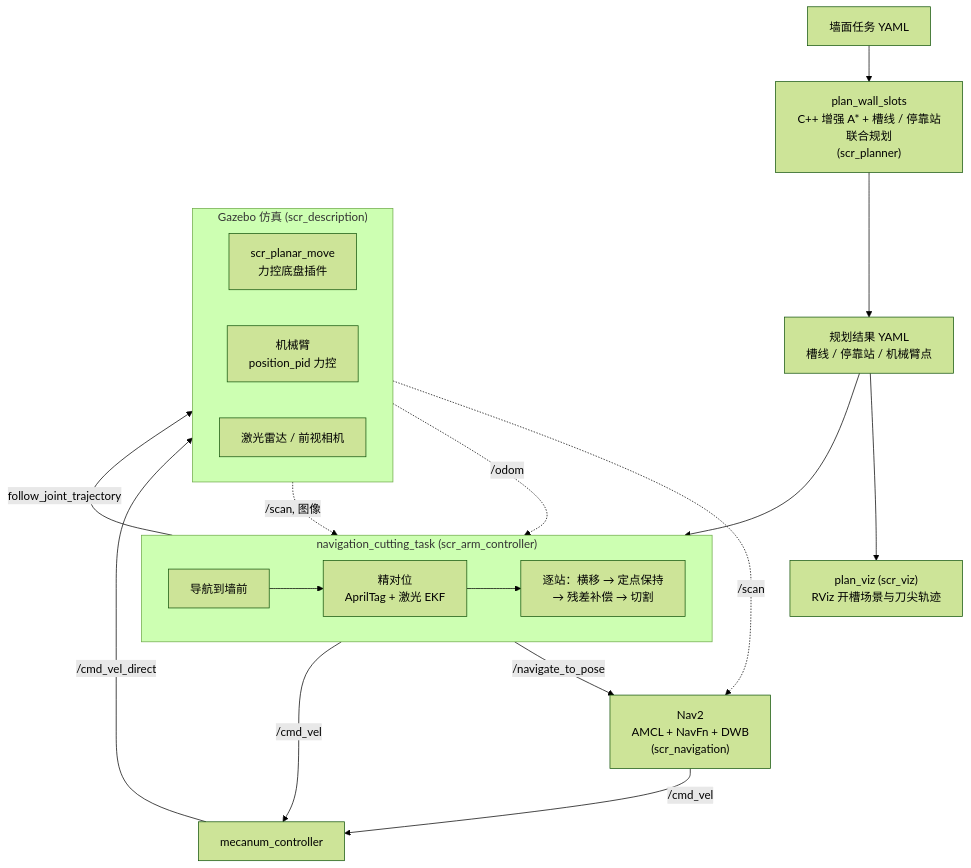
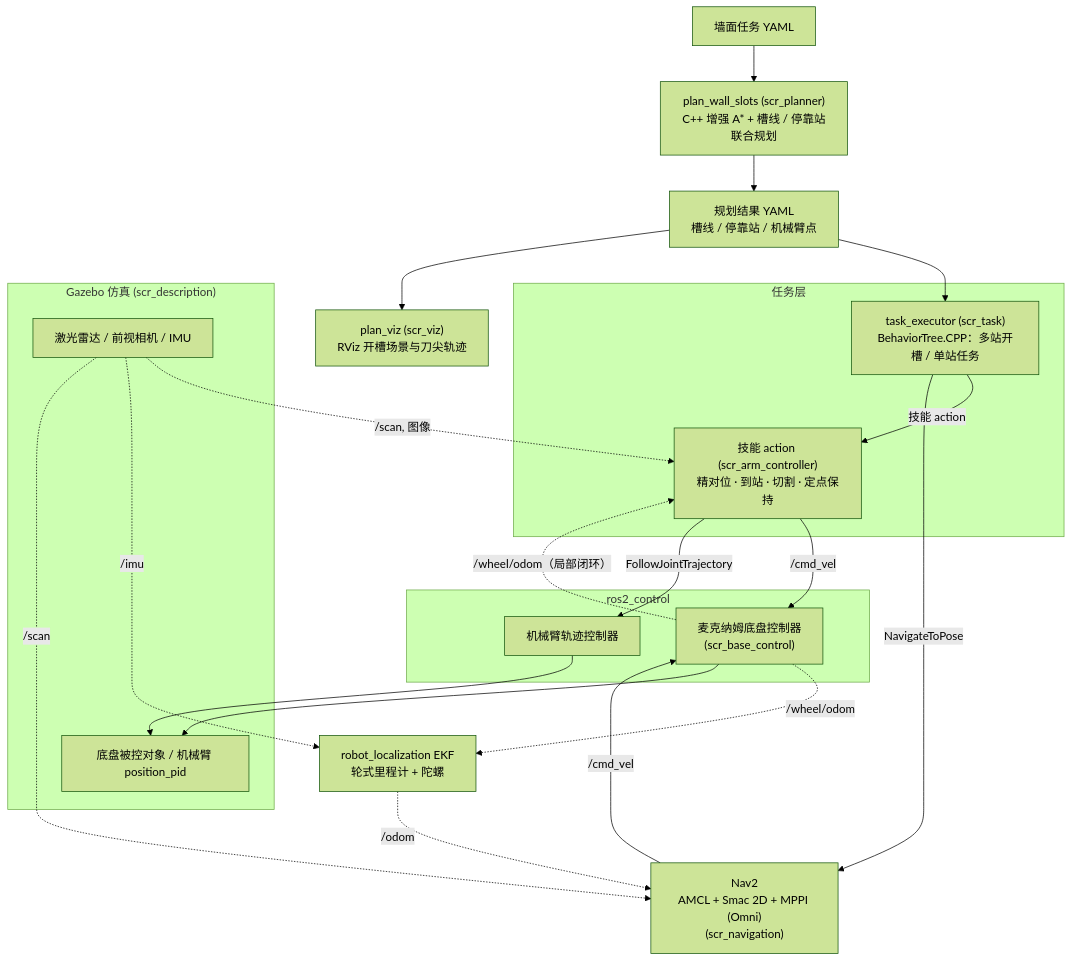
Before and after one commit to Aemeath-BonVoage/indoor-wall-slot-cutting-robot-path-planning: the diagram in README.md, drawn with Mermaid (forest theme). The commit also changed other lines of this file and 3 other files, not shown here.

````diff
--- a/README.md
+++ b/README.md
@@ -36,30 +38,37 @@
 ```mermaid
 flowchart TB
-    task["墙面任务 YAML"] --> planner["plan_wall_slots<br/>C++ 增强 A* + 槽线 / 停靠站联合规划<br/>(scr_planner)"]
+    task["墙面任务 YAML"] --> planner["plan_wall_slots (scr_planner)<br/>C++ 增强 A* + 槽线 / 停靠站联合规划"]
     planner --> plan["规划结果 YAML<br/>槽线 / 停靠站 / 机械臂点"]
-    plan --> exec
+    plan --> exe
     plan --> viz["plan_viz (scr_viz)<br/>RViz 开槽场景与刀尖轨迹"]
 
-    subgraph exec["navigation_cutting_task (scr_arm_controller)"]
-        direction LR
-        nav["导航到墙前"] --> servo["精对位<br/>AprilTag + 激光 EKF"]
-        servo --> station["逐站：横移 → 定点保持<br/>→ 残差补偿 → 切割"]
+    subgraph tasklayer["任务层"]
+        exe["task_executor (scr_task)<br/>BehaviorTree.CPP：多站开槽 / 单站任务"]
+        skills["技能 action (scr_arm_controller)<br/>精对位 · 到站 · 切割 · 定点保持"]
+        exe -- "技能 action" --> skills
     end
 
-    exec -- "/navigate_to_pose" --> nav2["Nav2<br/>AMCL + NavFn + DWB<br/>(scr_navigation)"]
-    exec -- "/cmd_vel" --> mecanum["mecanum_controller"]
-    nav2 -- "/cmd_vel" --> mecanum
+    exe -- "NavigateToPose" --> nav2["Nav2<br/>AMCL + Smac 2D + MPPI (Omni)<br/>(scr_navigation)"]
+
+    subgraph ctrl["ros2_control"]
+        base["麦克纳姆底盘控制器<br/>(scr_base_control)"]
+        arm["机械臂轨迹控制器"]
+    end
+
+    nav2 -- "/cmd_vel" --> base
+    skills -- "/cmd_vel" --> base
+    skills -- "FollowJointTrajectory" --> arm
+    base -. "/wheel/odom" .-> ekf["robot_localization EKF<br/>轮式里程计 + 陀螺"]
+    ekf -. "/odom" .-> nav2
+    base -. "/wheel/odom（局部闭环）" .-> skills
 
     subgraph sim["Gazebo 仿真 (scr_description)"]
-        direction LR
-        base["scr_planar_move<br/>力控底盘插件"]
-        arm["机械臂<br/>position_pid 力控"]
-        sensors["激光雷达 / 前视相机"]
+        plant["底盘被控对象 / 机械臂 position_pid"]
+        sensors["激光雷达 / 前视相机 / IMU"]
     end
-
-    mecanum -- "/cmd_vel_direct" --> base
-    exec -- "follow_joint_trajectory" --> arm
-    base -. "/odom" .-> exec
-    sensors -. "/scan, 图像" .-> exec
+    base --> plant
+    arm --> plant
+    sensors -. "/scan, 图像" .-> skills
+    sensors -. "/imu" .-> ekf
     sensors -. "/scan" .-> nav2
 ```
````
